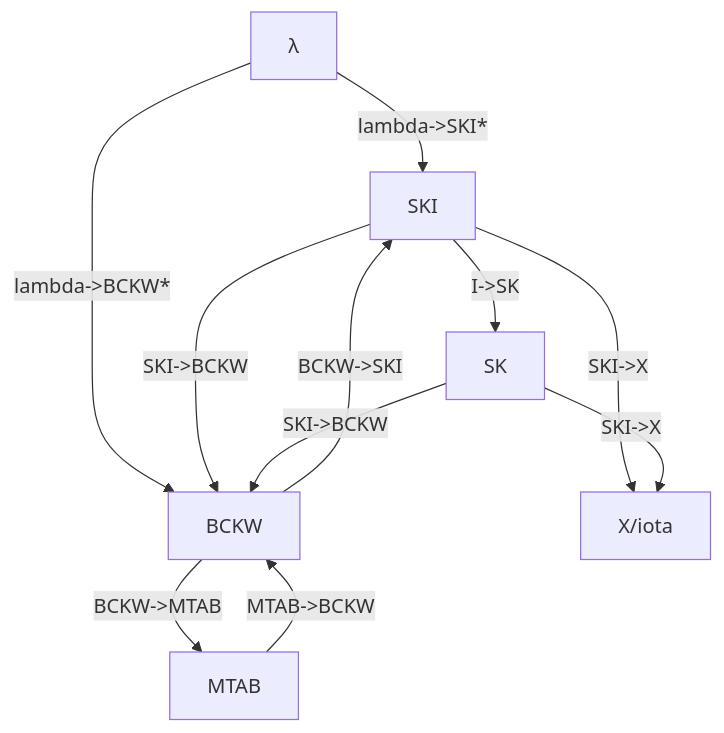
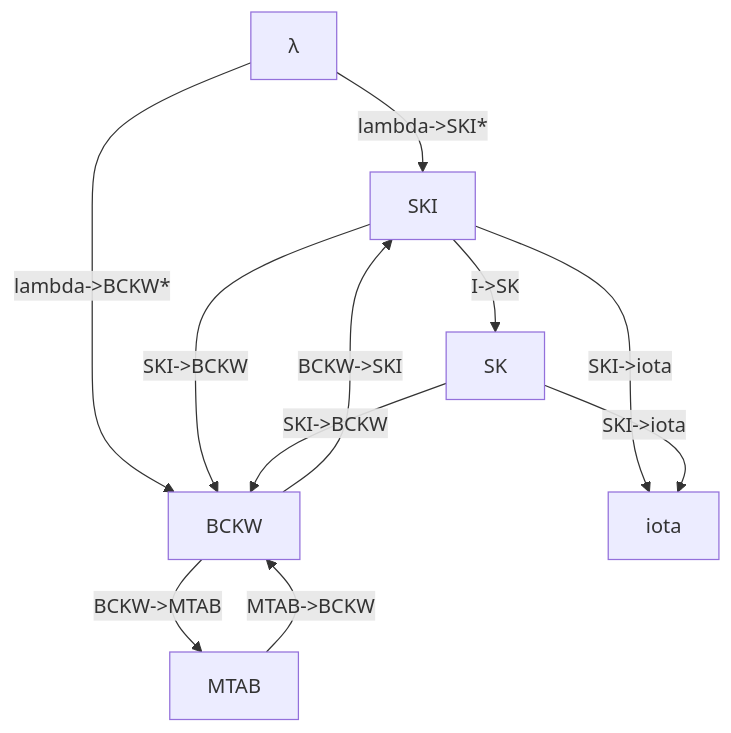
The diagram in README.md (dokutan/combinator-playground), drawn with Mermaid before and after one commit. The commit also changed other lines of this file, not shown here.

````diff
--- a/README.md
+++ b/README.md
@@ -29,13 +87,13 @@
 ```mermaid
 graph TD;
     lambda[λ]-->|lambda->SKI*|SKI;
     lambda[λ]-->|lambda->BCKW*|BCKW;
     SKI-->|I->SK|SK;
     SKI-->|SKI->BCKW|BCKW;
     SK-->|SKI->BCKW|BCKW;
-    SKI-->|SKI->X|X/iota;
-    SK-->|SKI->X|X/iota;
+    SKI-->|SKI->iota|iota;
+    SK-->|SKI->iota|iota;
     BCKW-->|BCKW->SKI|SKI;
     MTAB-->|MTAB->BCKW|BCKW;
     BCKW-->|BCKW->MTAB|MTAB;
 ```
````
